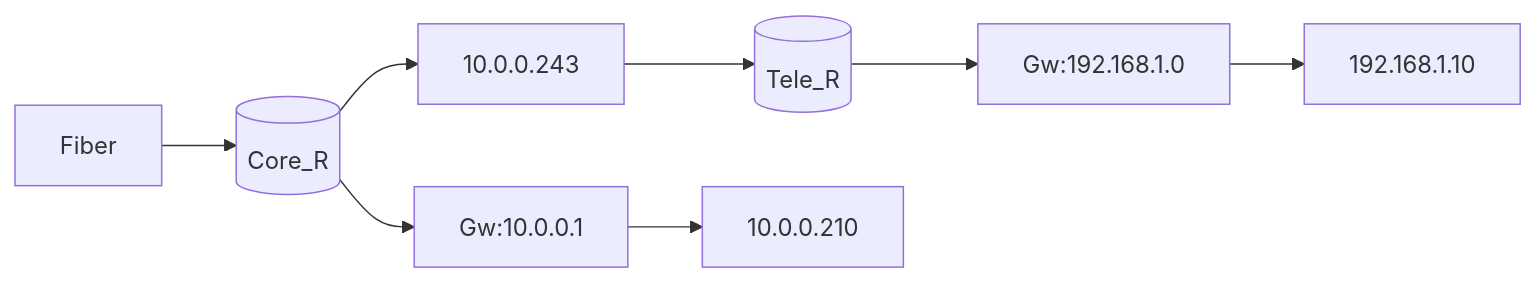
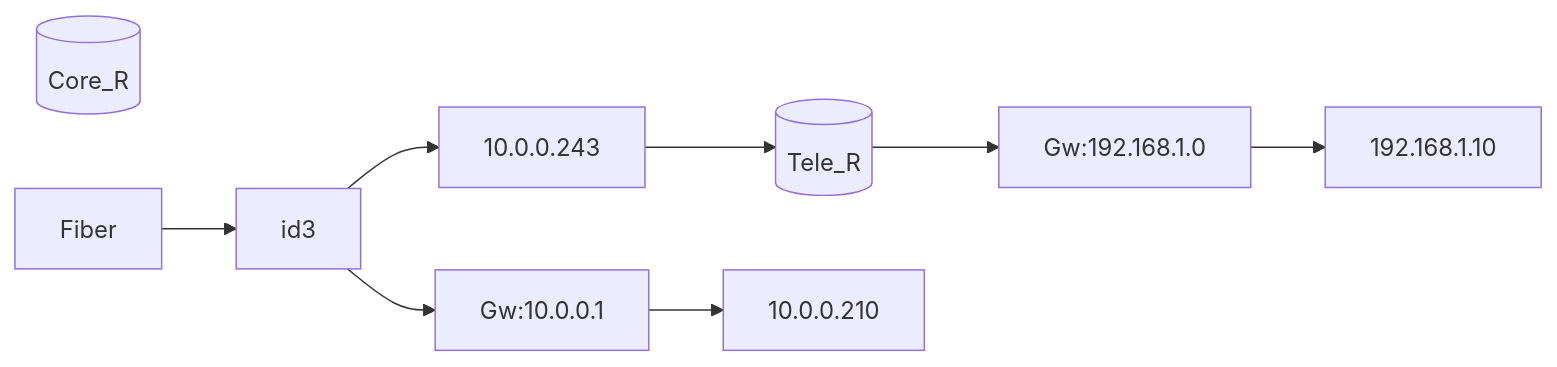
The second of 2 diagrams in Topology.md (notkasim/DOCS), drawn with Mermaid before and after one commit.

````diff
--- a/Topology.md
+++ b/Topology.md
@@ -19,9 +19,9 @@
 ```mermaid
 graph LR;
-    id3[(Core_R)]
+    core[(Core_R)]
     id4[(Tele_R)]
     Fiber-->id3;
     id3-->Gw:10.0.0.1-->10.0.0.210
     id3-->10.0.0.243-->id4
     id4-->Gw:192.168.1.0-->192.168.1.10
 ```
````
